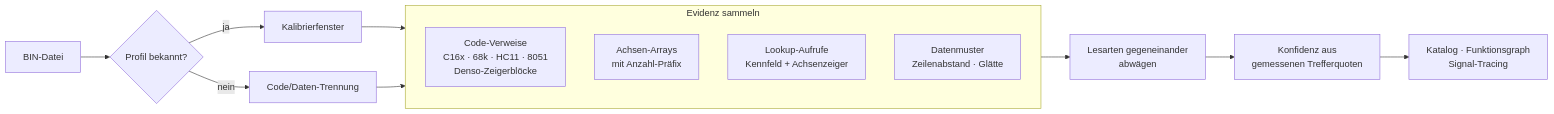
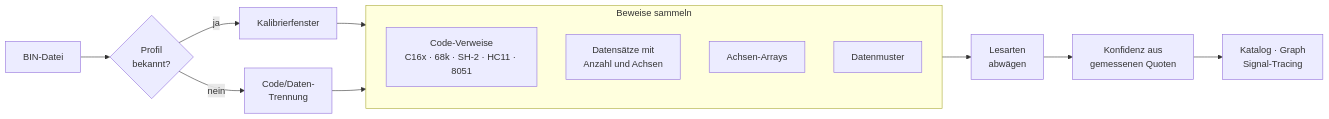
The diagram in README.md (PCTestAdmin/ECU-Studio-AI), drawn with Mermaid before and after one commit. The commit also changed other lines of this file and 2 other files, not shown here.

````diff
--- a/README.md
+++ b/README.md
@@ -58,17 +213,17 @@
 ```mermaid
 flowchart LR
-    BIN[BIN-Datei] --> P{Profil bekannt?}
+    BIN[BIN-Datei] --> P{Profil<br/>bekannt?}
     P -- ja --> W[Kalibrierfenster]
-    P -- nein --> M[Code/Daten-Trennung]
+    P -- nein --> M[Code/Daten-<br/>Trennung]
     W --> E
     M --> E
-    subgraph E[Evidenz sammeln]
-        C[Code-Verweise<br/>C16x · 68k · HC11 · 8051<br/>Denso-Zeigerblöcke]
-        A[Achsen-Arrays<br/>mit Anzahl-Präfix]
-        L[Lookup-Aufrufe<br/>Kennfeld + Achsenzeiger]
-        D[Datenmuster<br/>Zeilenabstand · Glätte]
+    subgraph E[Beweise sammeln]
+        C[Code-Verweise<br/>C16x · 68k · SH-2 · HC11 · 8051]
+        H[Datensätze mit<br/>Anzahl und Achsen]
+        A[Achsen-Arrays]
+        D[Datenmuster]
     end
-    E --> R[Lesarten gegeneinander<br/>abwägen]
-    R --> K[Konfidenz aus<br/>gemessenen Trefferquoten]
-    K --> UI[Katalog · Funktionsgraph<br/>Signal-Tracing]
+    E --> R[Lesarten<br/>abwägen]
+    R --> K[Konfidenz aus<br/>gemessenen Quoten]
+    K --> UI[Katalog · Graph<br/>Signal-Tracing]
 ```
````
